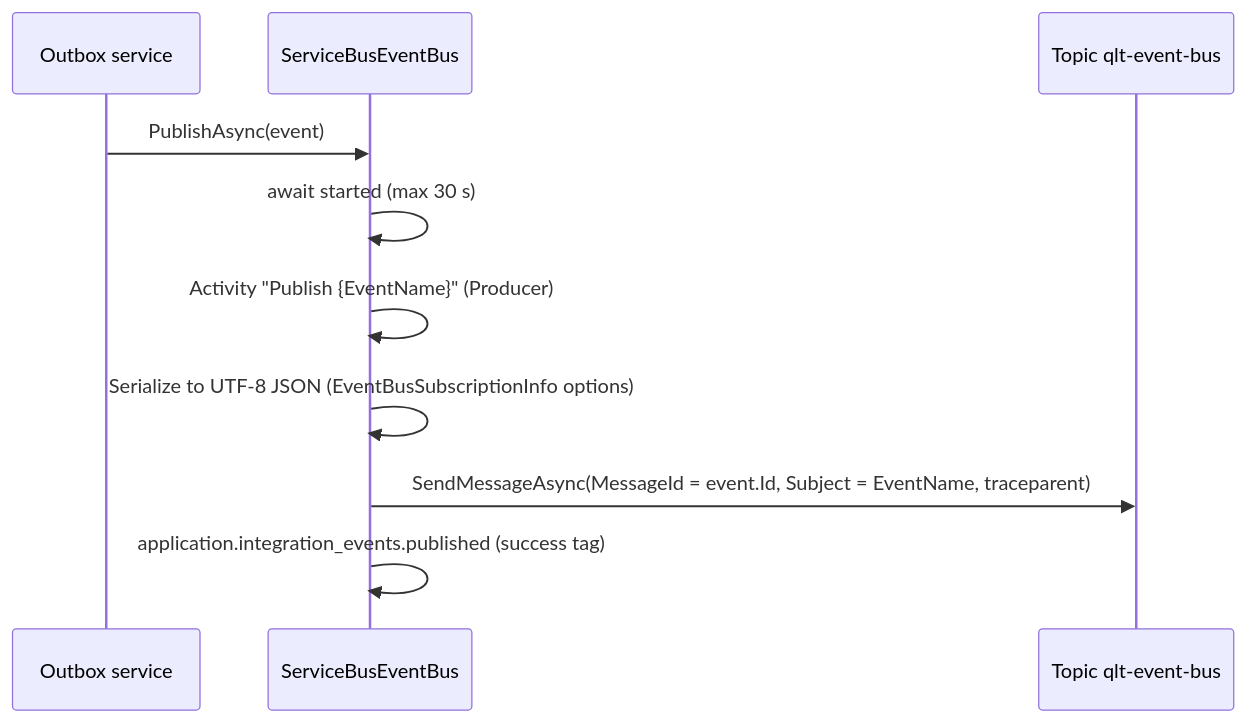
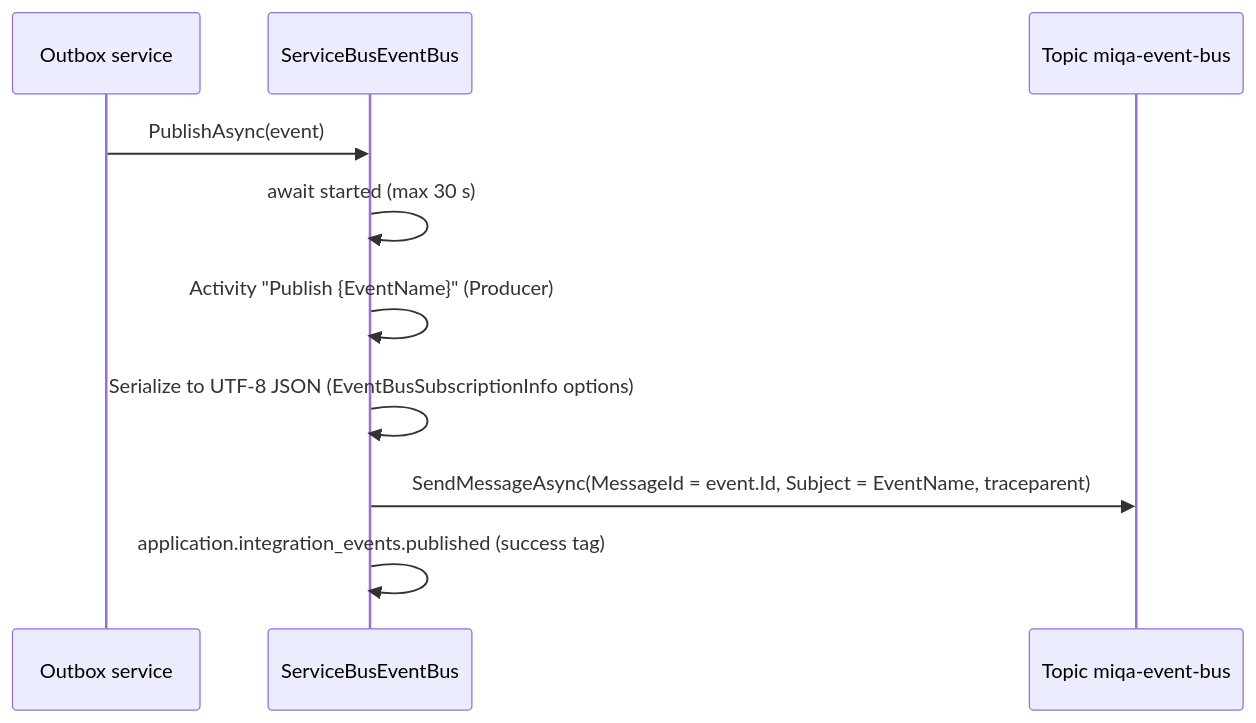
One commit to miquelalcaraz/Labs.ServicePlatform changed the third of 4 diagrams in docs/architecture/07-event-bus.md. Above: the diagram before and after it, drawn with Mermaid. The commit also changed other lines of this file and 1114 other files, not shown here.

Commit message:
refactor: rename namespaces from Qlt to Miqa

````diff
--- a/docs/architecture/07-event-bus.md
+++ b/docs/architecture/07-event-bus.md
@@ -112,13 +112,13 @@
 ```mermaid
 sequenceDiagram
     participant OB as Outbox service
     participant SB as ServiceBusEventBus
-    participant T as Topic qlt-event-bus
+    participant T as Topic miqa-event-bus
 
     OB->>SB: PublishAsync(event)
     SB->>SB: await started (max 30 s)
     SB->>SB: Activity "Publish {EventName}" (Producer)
     SB->>SB: Serialize to UTF-8 JSON (EventBusSubscriptionInfo options)
     SB->>T: SendMessageAsync(MessageId = event.Id, Subject = EventName, traceparent)
     SB->>SB: application.integration_events.published (success tag)
 ```
````
